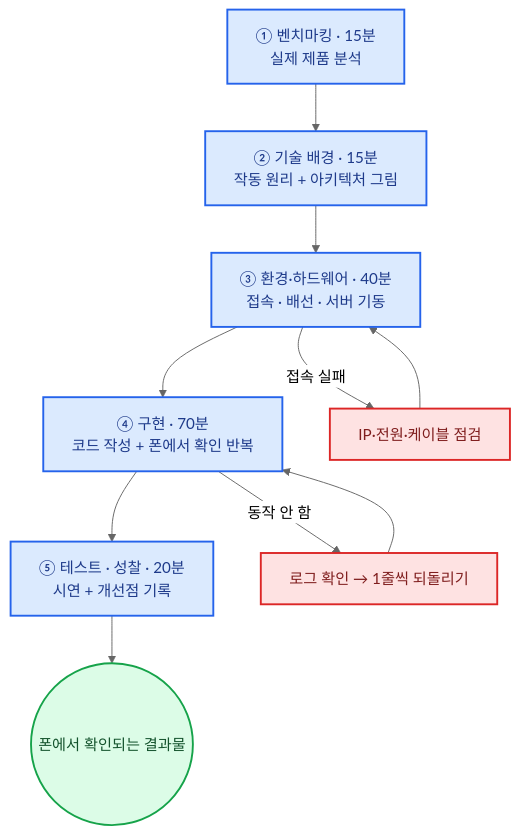
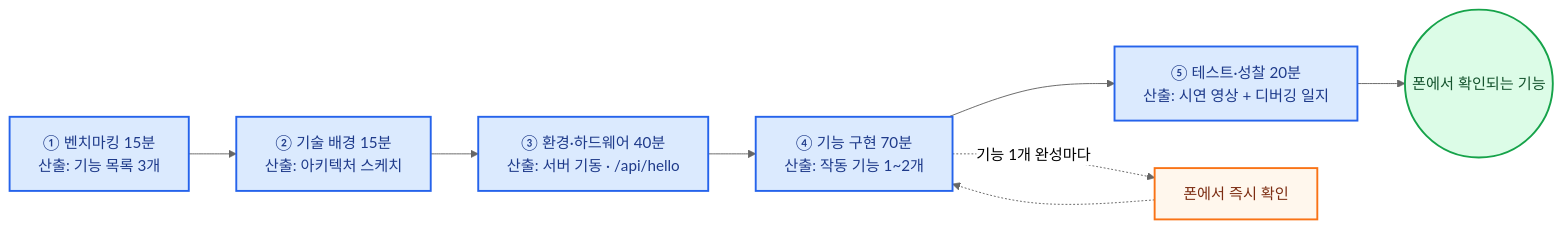
One commit to Collegenie-X/AIMakerLab_Web changed the seventh of 27 diagrams in documents/CURRICULUM/라즈베리파이_자율주행차_감시카메라_3-6-12시간_단계별_커리큘럼.md. Above: the diagram before and after it, drawn with Mermaid (neutral theme). The commit also changed other lines of this file and 36 other files, not shown here.

````diff
--- a/documents/CURRICULUM/라즈베리파이_자율주행차_감시카메라_3-6-12시간_단계별_커리큘럼.md
+++ b/documents/CURRICULUM/라즈베리파이_자율주행차_감시카메라_3-6-12시간_단계별_커리큘럼.md
@@ -336,20 +346,18 @@
 ```mermaid
-flowchart TD
-    P1["① 벤치마킹 · 15분<br/>실제 제품 분석"] --> P2["② 기술 배경 · 15분<br/>작동 원리 + 아키텍처 그림"]
-    P2 --> P3["③ 환경·하드웨어 · 40분<br/>접속 · 배선 · 서버 기동"]
-    P3 --> P4["④ 구현 · 70분<br/>코드 작성 + 폰에서 확인 반복"]
-    P4 --> P5["⑤ 테스트 · 성찰 · 20분<br/>시연 + 개선점 기록"]
-    P5 --> DONE(("폰에서 확인되는 결과물"))
+flowchart LR
+    P1["① 벤치마킹 15분<br/>산출: 기능 목록 3개"] --> P2["② 기술 배경 15분<br/>산출: 아키텍처 스케치"]
+    P2 --> P3["③ 환경·하드웨어 40분<br/>산출: 서버 기동 · /api/hello"]
+    P3 --> P4["④ 기능 구현 70분<br/>산출: 작동 기능 1~2개"]
+    P4 --> P5["⑤ 테스트·성찰 20분<br/>산출: 시연 영상 + 디버깅 일지"]
+    P5 --> DONE(("폰에서 확인되는 기능"))
 
-    P3 -->|"접속 실패"| P3R["IP·전원·케이블 점검"]
-    P3R --> P3
-    P4 -->|"동작 안 함"| P4R["로그 확인 → 1줄씩 되돌리기"]
-    P4R --> P4
+    P4 -.->|"기능 1개 완성마다"| CHK["폰에서 즉시 확인"]
+    CHK -.-> P4
 
     classDef main fill:#DBEAFE,stroke:#2563EB,stroke-width:2px,color:#1E3A8A
-    classDef loop fill:#FEE2E2,stroke:#DC2626,stroke-width:2px,color:#7F1D1D
+    classDef chk fill:#FFF7ED,stroke:#F97316,stroke-width:2px,color:#7C2D12
     classDef done fill:#DCFCE7,stroke:#16A34A,stroke-width:2px,color:#14532D
     class P1,P2,P3,P4,P5 main
-    class P3R,P4R loop
+    class CHK chk
     class DONE done
 ```
````
